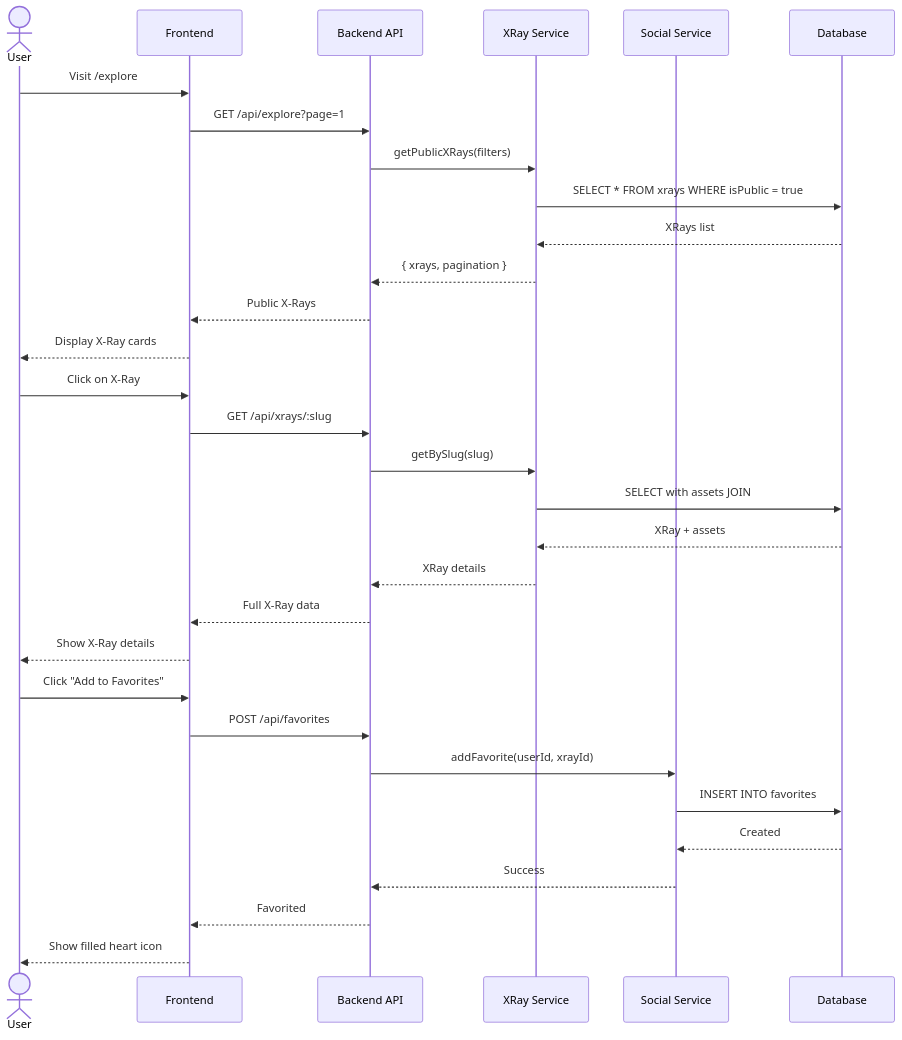
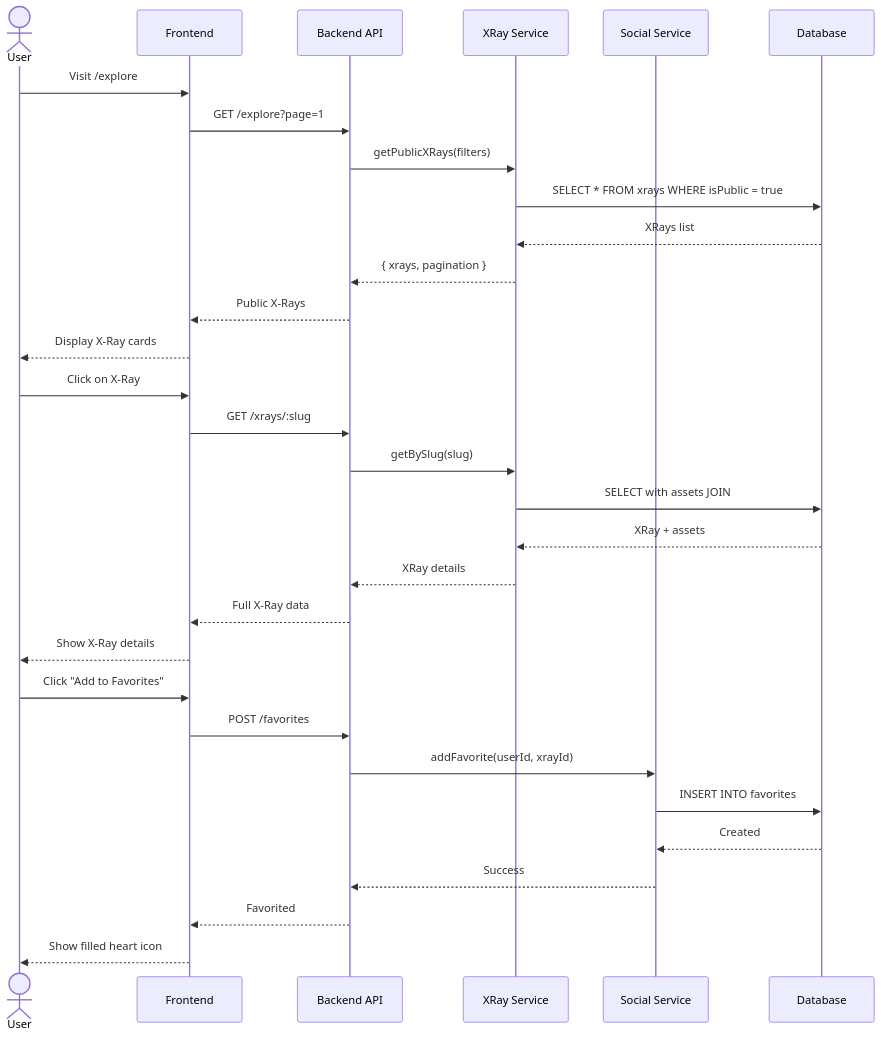
One commit to oscarjorgejorge/portafolio-xray changed the fourth of 5 diagrams in docs/SEQUENCE-DIAGRAMS.md. Above: the diagram before and after it, drawn with Mermaid. The commit also changed other lines of this file and 7 other files, not shown here.

````diff
--- a/docs/SEQUENCE-DIAGRAMS.md
+++ b/docs/SEQUENCE-DIAGRAMS.md
@@ -130,36 +130,36 @@
 ```mermaid
 sequenceDiagram
     actor User
     participant Frontend as Frontend
     participant API as Backend API
     participant XRayService as XRay Service
     participant SocialService as Social Service
     participant DB as Database
 
     User->>Frontend: Visit /explore
-    Frontend->>API: GET /api/explore?page=1
+    Frontend->>API: GET /explore?page=1
     API->>XRayService: getPublicXRays(filters)
     XRayService->>DB: SELECT * FROM xrays WHERE isPublic = true
     DB-->>XRayService: XRays list
     XRayService-->>API: { xrays, pagination }
     API-->>Frontend: Public X-Rays
     Frontend-->>User: Display X-Ray cards
 
     User->>Frontend: Click on X-Ray
-    Frontend->>API: GET /api/xrays/:slug
+    Frontend->>API: GET /xrays/:slug
     API->>XRayService: getBySlug(slug)
     XRayService->>DB: SELECT with assets JOIN
     DB-->>XRayService: XRay + assets
     XRayService-->>API: XRay details
     API-->>Frontend: Full X-Ray data
     Frontend-->>User: Show X-Ray details
 
     User->>Frontend: Click "Add to Favorites"
-    Frontend->>API: POST /api/favorites
+    Frontend->>API: POST /favorites
     API->>SocialService: addFavorite(userId, xrayId)
     SocialService->>DB: INSERT INTO favorites
     DB-->>SocialService: Created
     SocialService-->>API: Success
     API-->>Frontend: Favorited
     Frontend-->>User: Show filled heart icon
 ```
````
